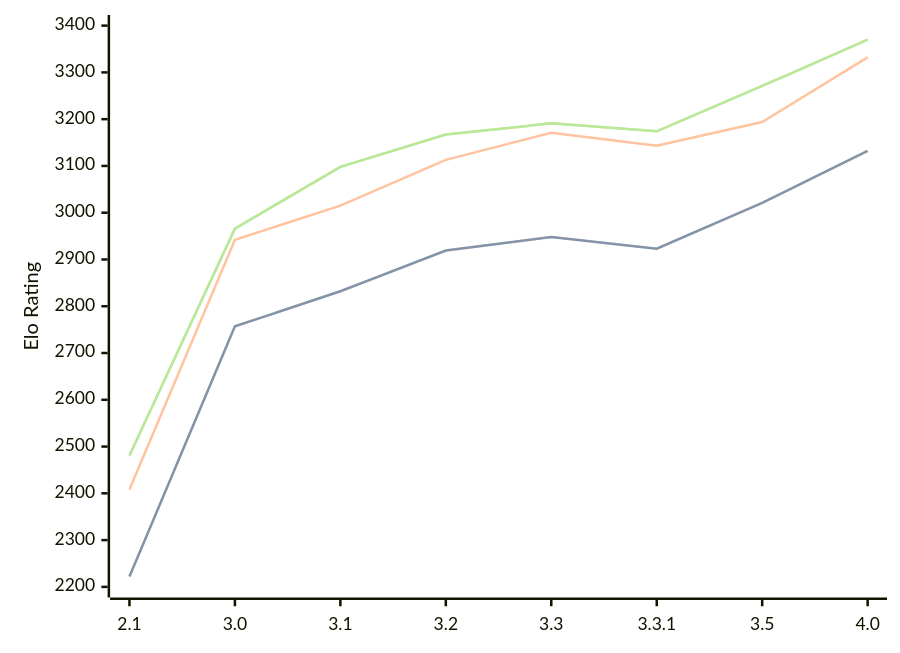
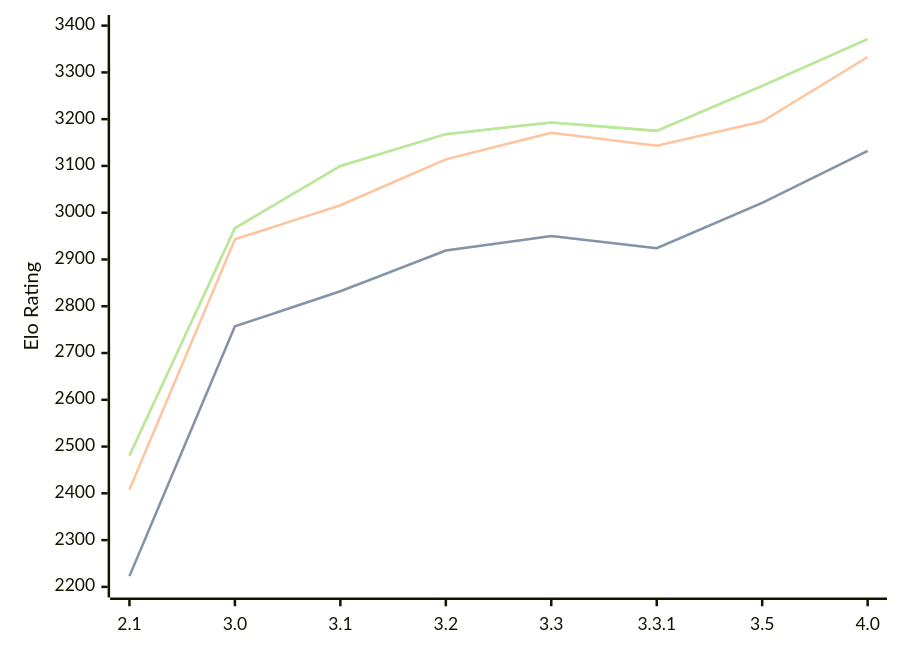
Before and after one commit to computer-chess-index/cci: the diagram in engines/Petrel.md, drawn with Mermaid. The commit also changed other lines of this file, not shown here.

Commit message:
Update CCI Ratings (ELO VLTC) - 2026-09-08

````diff
--- a/engines/Petrel.md
+++ b/engines/Petrel.md
@@ -38,11 +38,11 @@
 ```mermaid
 %%{init: {"theme":"base","themeVariables":{"seriesColors:['#a3a3a3','#222221','#faa371']}}}%%
 xychart-beta
   x-axis ["2.1", "3.0", "3.1", "3.2", "3.3", "3.3.1", "3.5", "4.0"]
   y-axis "Elo Rating" 2200 --> 3400
-  line "" [2222, 2757, 2832, 2919, 2948, 2923, 3021, 3132]
-  line "STC (8.0+0.08s)" [2222, 2757, 2832, 2919, 2948, 2923, 3021, 3132]
-  line "LTC (60.0+0.60s)" [2408, 2942, 3015, 3113, 3171, 3143, 3194, 3332]
-  line "" [2481, 2966, 3098, 3167, 3191, 3174, 3271, 3370]
-  line "VLTC (2m24s+1.12s)" [2481, 2966, 3098, 3167, 3191, 3174, 3271, 3370]
+  line "" [2223, 2757, 2832, 2919, 2950, 2924, 3021, 3132]
+  line "STC (8.0+0.08s)" [2223, 2757, 2832, 2919, 2950, 2924, 3021, 3132]
+  line "LTC (60.0+0.60s)" [2408, 2943, 3016, 3114, 3171, 3143, 3195, 3333]
+  line "" [2481, 2967, 3100, 3168, 3193, 3175, 3271, 3371]
+  line "VLTC (2m24s+1.12s)" [2481, 2967, 3100, 3168, 3193, 3175, 3271, 3371]
 ```
````
